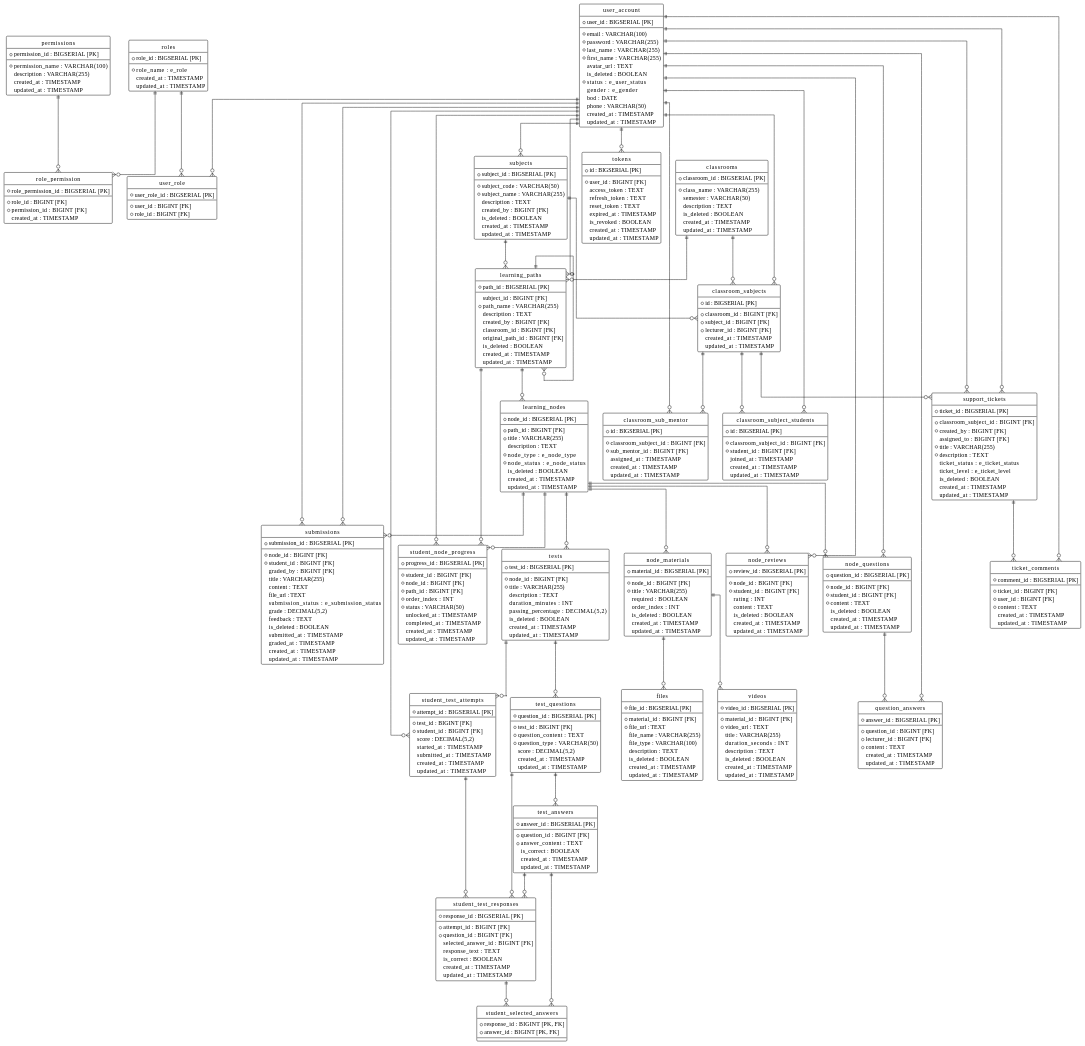
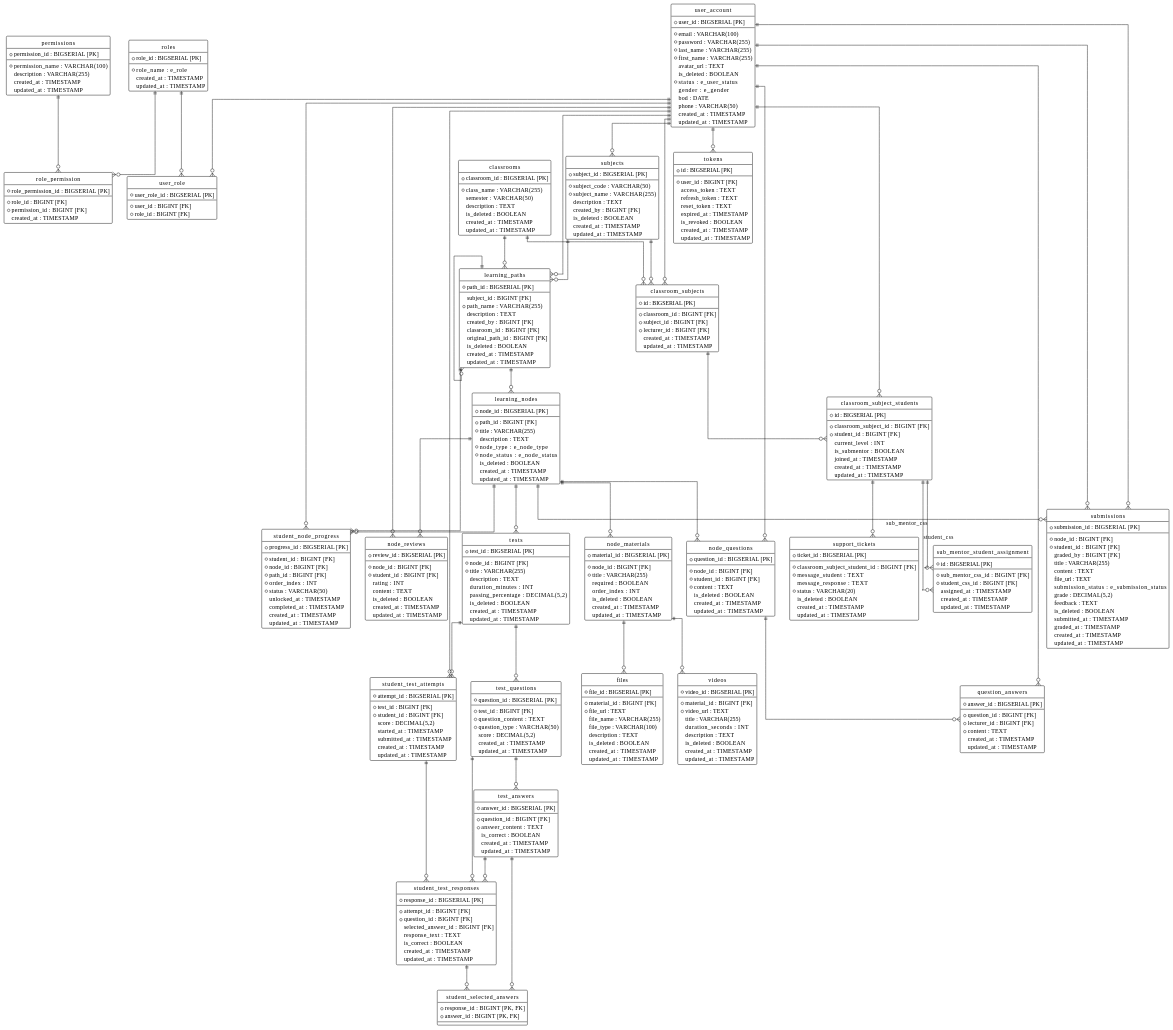
Before and after one commit to hieudt271004/SWP391_G1_FEdu_Be: the diagram in diagram/erd.md, drawn with PlantUML. The commit also changed other lines of this file and 25 other files, not shown here.

````diff
--- a/diagram/erd.md
+++ b/diagram/erd.md
@@ -117,16 +117,18 @@
   --
   * classroom_subject_id : BIGINT [FK]
   * student_id : BIGINT [FK]
+  current_level : INT
+  is_submentor : BOOLEAN
   joined_at : TIMESTAMP
   created_at : TIMESTAMP
   updated_at : TIMESTAMP
 }
 
-entity "classroom_sub_mentor" as classroom_sub_mentor {
+entity "sub_mentor_student_assignment" as sub_mentor_student_assignment {
   * id : BIGSERIAL [PK]
   --
-  * classroom_subject_id : BIGINT [FK]
-  * sub_mentor_id : BIGINT [FK]
+  * sub_mentor_css_id : BIGINT [FK]
+  * student_css_id : BIGINT [FK]
   assigned_at : TIMESTAMP
   created_at : TIMESTAMP
   updated_at : TIMESTAMP
@@ -329,24 +331,11 @@
 entity "support_tickets" as support_tickets {
   * ticket_id : BIGSERIAL [PK]
   --
-  * classroom_subject_id : BIGINT [FK]
-  * created_by : BIGINT [FK]
-  assigned_to : BIGINT [FK]
-  * title : VARCHAR(255)
-  * description : TEXT
-  ticket_status : e_ticket_status
-  ticket_level : e_ticket_level
+  * classroom_subject_student_id : BIGINT [FK]
+  * message_student : TEXT
+  message_response : TEXT
+  * status : VARCHAR(20)
   is_deleted : BOOLEAN
-  created_at : TIMESTAMP
-  updated_at : TIMESTAMP
-}
-
-entity "ticket_comments" as ticket_comments {
-  * comment_id : BIGSERIAL [PK]
-  --
-  * ticket_id : BIGINT [FK]
-  * user_id : BIGINT [FK]
-  * content : TEXT
   created_at : TIMESTAMP
   updated_at : TIMESTAMP
 }
@@ -363,8 +352,9 @@
 user_account ||--o{ classroom_subjects
 classroom_subjects ||--o{ classroom_subject_students
 user_account ||--o{ classroom_subject_students
-classroom_subjects ||--o{ classroom_sub_mentor
-user_account ||--o{ classroom_sub_mentor
+classroom_subject_students ||--o{ sub_mentor_student_assignment : "sub_mentor_css"
+classroom_subject_students ||--o{ sub_mentor_student_assignment : "student_css"
+classroom_subject_students ||--o{ support_tickets
 subjects ||--o{ learning_paths
 classrooms ||--o{ learning_paths
 user_account ||--o{ learning_paths
@@ -395,11 +385,6 @@
 user_account ||--o{ question_answers
 learning_nodes ||--o{ node_reviews
 user_account ||--o{ node_reviews
-classroom_subjects ||--o{ support_tickets
-user_account ||--o{ support_tickets
-user_account ||--o{ support_tickets
-support_tickets ||--o{ ticket_comments
-user_account ||--o{ ticket_comments
 
 @enduml
 ```
````
